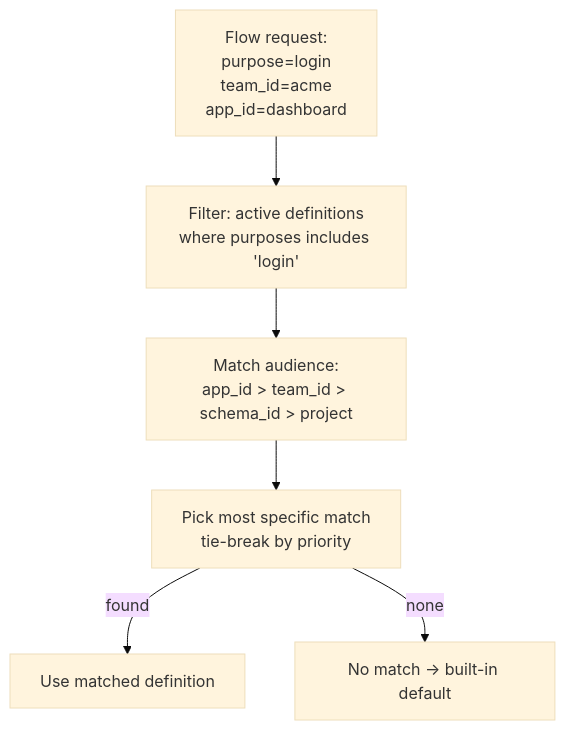
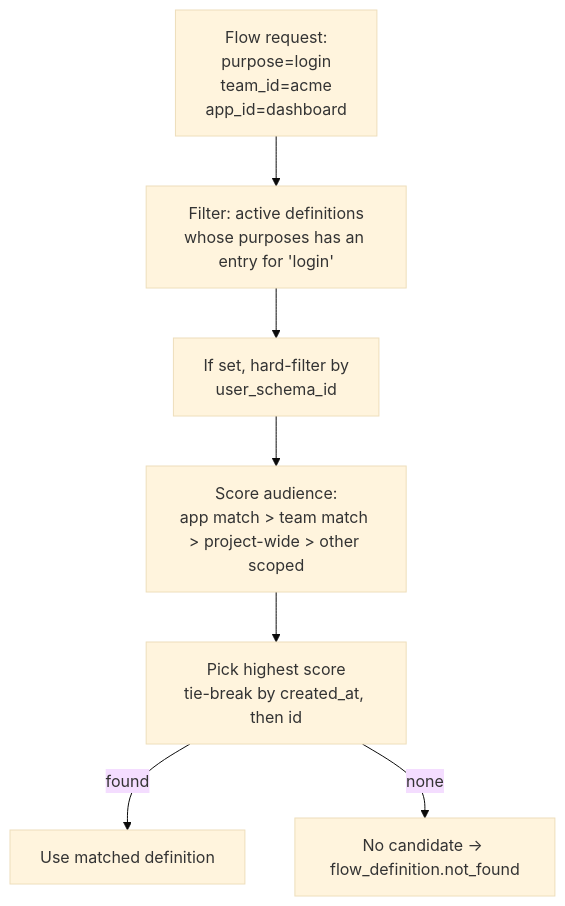
The fifth of 8 diagrams in docs/design/flowengine/flow-engine-guide.md (zitadel/nextgen), drawn with Mermaid (base theme) before and after one commit. The commit also changed other lines of this file and 42 other files, not shown here.

````diff
--- a/docs/design/flowengine/flow-engine-guide.md
+++ b/docs/design/flowengine/flow-engine-guide.md
@@ -414,12 +406,13 @@
 ```mermaid
 flowchart TD
     req["Flow request:<br>purpose=login<br>team_id=acme<br>app_id=dashboard"]
-    filter["Filter: active definitions<br>where purposes includes 'login'"]
-    match["Match audience:<br>app_id > team_id > schema_id > project"]
-    pick["Pick most specific match<br>tie-break by priority"]
-    fallback["No match → built-in default"]
+    filter["Filter: active definitions<br>whose purposes has an entry for 'login'"]
+    schema["If set, hard-filter by<br>user_schema_id"]
+    match["Score audience:<br>app match > team match > project-wide > other scoped"]
+    pick["Pick highest score<br>tie-break by created_at, then id"]
+    missing["No candidate → flow_definition.not_found"]
 
-    req --> filter --> match --> pick
+    req --> filter --> schema --> match --> pick
     pick -->|found| use["Use matched definition"]
-    pick -->|none| fallback
+    pick -->|none| missing
 ```
````
